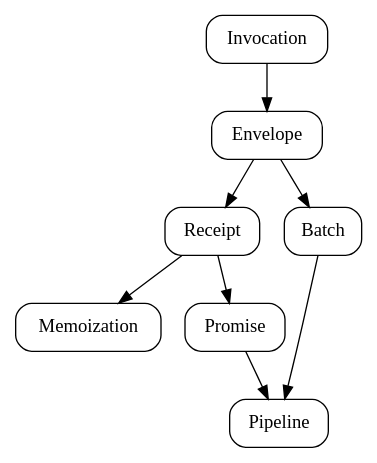
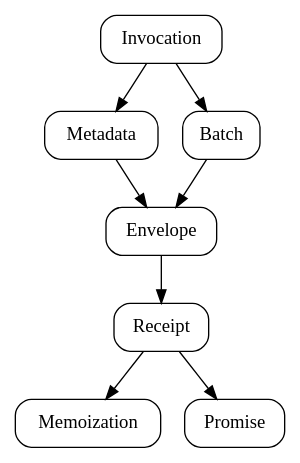
One commit to ucan-wg/invocation changed the diagram in diagrams/concepts.dot. Above: the diagram before and after it, drawn with Graphviz. The commit also changed 1 other file, not shown here.

Commit message:
Update diagram

```diff
--- a/diagrams/concepts.dot
+++ b/diagrams/concepts.dot
@@ -1,10 +1,11 @@
 digraph {
     node [
       style = rounded
       shape = box
     ]
 
-    Receipt -> Memoization
-    Invocation -> Envelope -> Receipt -> Promise -> Pipeline
-    Envelope -> Batch -> Pipeline
+    Invocation -> Metadata -> Envelope
+                  Batch    -> Envelope -> Receipt -> Memoization
+                  Receipt  -> Promise
+    Invocation -> Batch
 }
```
